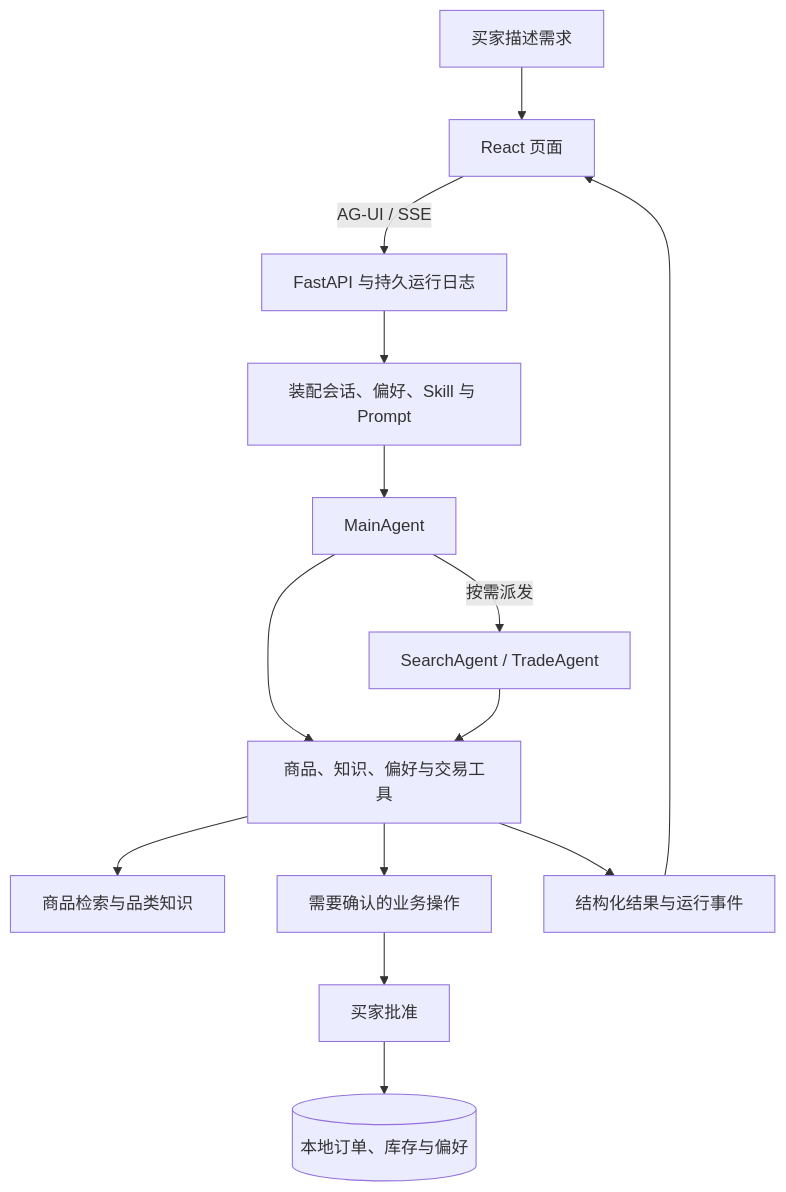
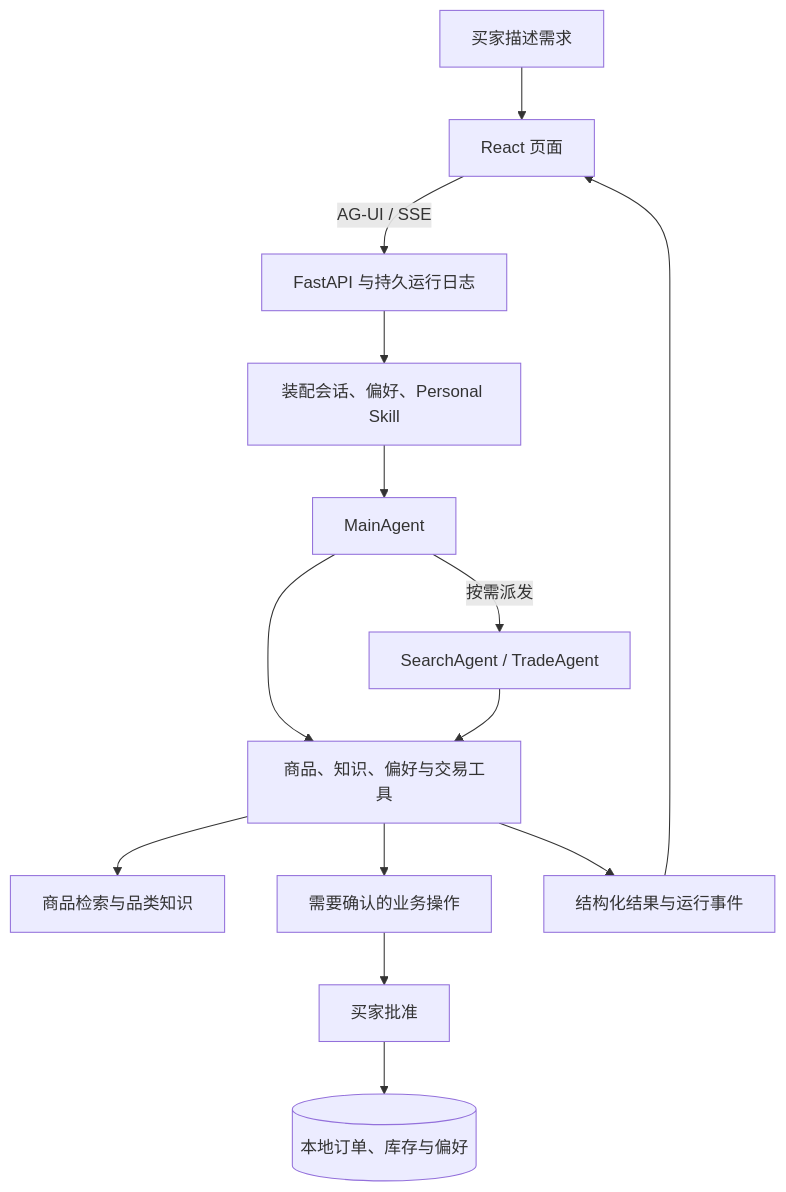
The diagram in README.md (1saachen/bordercart-ai-agent), drawn with Mermaid before and after one commit. The commit also changed other lines of this file and 18 other files, not shown here.

````diff
--- a/README.md
+++ b/README.md
@@ -224,19 +227,19 @@
 ```mermaid
 flowchart TD
     User[买家描述需求] --> UI[React 页面]
     UI -->|AG-UI / SSE| API[FastAPI 与持久运行日志]
-    API --> Context[装配会话、偏好、Skill 与 Prompt]
+    API --> Context[装配会话、偏好、Personal Skill]
     Context --> Main[MainAgent]
 
     Main --> Tools[商品、知识、偏好与交易工具]
     Main -->|按需派发| Sub[SearchAgent / TradeAgent]
     Sub --> Tools
 
     Tools --> Search[商品检索与品类知识]
     Tools --> Approval[需要确认的业务操作]
     Approval --> Confirm[买家批准]
     Confirm --> Store[(本地订单、库存与偏好)]
 
     Tools --> Events[结构化结果与运行事件]
     Events --> UI
 ```
````
